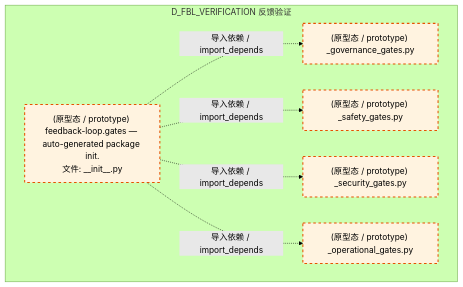
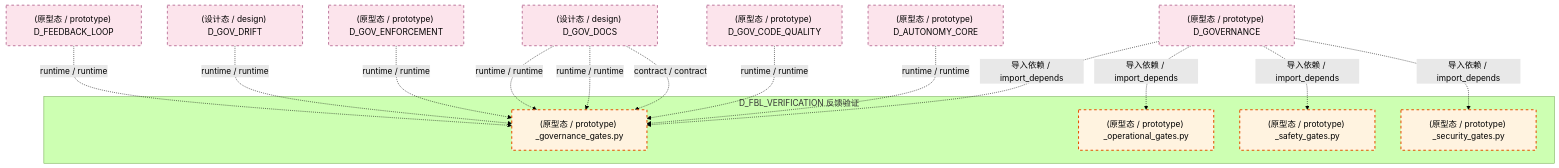
The fourth of 5 diagrams in docs/02_enterprise_architecture/02_domain_architecture_docs/11_d_fbl_verification.md (xuanFelixVan/ZephyrAlpha), drawn with Mermaid (forest theme) before and after one commit. The commit also changed other lines of this file and 112 other files, not shown here.

````diff
--- a/docs/02_enterprise_architecture/02_domain_architecture_docs/11_d_fbl_verification.md
+++ b/docs/02_enterprise_architecture/02_domain_architecture_docs/11_d_fbl_verification.md
@@ -337,19 +337,34 @@
 ```mermaid
 graph TD
     subgraph D_FBL_VERIFICATION["D_FBL_VERIFICATION 反馈验证"]
-        src_zephyr_trading_feedback_loop_gates_init_py["(原型态 / prototype) feedback-loop.gates — auto-generated package init.<br/>文件: __init__.py"]
-        src_zephyr_trading_feedback_loop_gates_governance_gates_py["(原型态 / prototype) _governance_gates.py"]
-        src_zephyr_trading_feedback_loop_gates_operational_gates_py["(原型态 / prototype) _operational_gates.py"]
-        src_zephyr_trading_feedback_loop_gates_safety_gates_py["(原型态 / prototype) _safety_gates.py"]
-        src_zephyr_trading_feedback_loop_gates_security_gates_py["(原型态 / prototype) _security_gates.py"]
+        src_zephyr_feedback_loop_gates_governance_gates_py["(原型态 / prototype) _governance_gates.py"]
+        src_zephyr_feedback_loop_gates_operational_gates_py["(原型态 / prototype) _operational_gates.py"]
+        src_zephyr_feedback_loop_gates_safety_gates_py["(原型态 / prototype) _safety_gates.py"]
+        src_zephyr_feedback_loop_gates_security_gates_py["(原型态 / prototype) _security_gates.py"]
     end
-    src_zephyr_trading_feedback_loop_gates_init_py -.->|导入依赖 / import_depends| src_zephyr_trading_feedback_loop_gates_governance_gates_py
-    src_zephyr_trading_feedback_loop_gates_init_py -.->|导入依赖 / import_depends| src_zephyr_trading_feedback_loop_gates_safety_gates_py
-    src_zephyr_trading_feedback_loop_gates_init_py -.->|导入依赖 / import_depends| src_zephyr_trading_feedback_loop_gates_security_gates_py
-    src_zephyr_trading_feedback_loop_gates_init_py -.->|导入依赖 / import_depends| src_zephyr_trading_feedback_loop_gates_operational_gates_py
+    D_FEEDBACK_LOOP["(原型态 / prototype) D_FEEDBACK_LOOP"]
+    D_FEEDBACK_LOOP -.->|runtime / runtime| src_zephyr_feedback_loop_gates_governance_gates_py
+    D_GOV_DOCS["(设计态 / design) D_GOV_DOCS"]
+    D_GOV_DOCS -.->|runtime / runtime| src_zephyr_feedback_loop_gates_governance_gates_py
+    D_GOV_DRIFT["(设计态 / design) D_GOV_DRIFT"]
+    D_GOV_DRIFT -.->|runtime / runtime| src_zephyr_feedback_loop_gates_governance_gates_py
+    D_GOV_ENFORCEMENT["(原型态 / prototype) D_GOV_ENFORCEMENT"]
+    D_GOV_ENFORCEMENT -.->|runtime / runtime| src_zephyr_feedback_loop_gates_governance_gates_py
+    D_GOV_CODE_QUALITY["(原型态 / prototype) D_GOV_CODE_QUALITY"]
+    D_GOV_CODE_QUALITY -.->|runtime / runtime| src_zephyr_feedback_loop_gates_governance_gates_py
+    D_GOV_DOCS -.->|runtime / runtime| src_zephyr_feedback_loop_gates_governance_gates_py
+    D_GOV_DOCS -.->|contract / contract| src_zephyr_feedback_loop_gates_governance_gates_py
+    D_AUTONOMY_CORE["(原型态 / prototype) D_AUTONOMY_CORE"]
+    D_AUTONOMY_CORE -.->|runtime / runtime| src_zephyr_feedback_loop_gates_governance_gates_py
+    D_GOVERNANCE["(原型态 / prototype) D_GOVERNANCE"]
+    D_GOVERNANCE -.->|导入依赖 / import_depends| src_zephyr_feedback_loop_gates_governance_gates_py
+    D_GOVERNANCE -.->|导入依赖 / import_depends| src_zephyr_feedback_loop_gates_operational_gates_py
+    D_GOVERNANCE -.->|导入依赖 / import_depends| src_zephyr_feedback_loop_gates_safety_gates_py
+    D_GOVERNANCE -.->|导入依赖 / import_depends| src_zephyr_feedback_loop_gates_security_gates_py
     classDef production fill:#e1f5fe,stroke:#01579b,stroke-width:2px,color:#000
     classDef design fill:#fff3e0,stroke:#e65100,stroke-width:2px,color:#000,stroke-dasharray: 5 5
     classDef external_prod fill:#e8f5e9,stroke:#1b5e20,stroke-width:1px,color:#000
     classDef external_design fill:#fce4ec,stroke:#880e4f,stroke-width:1px,color:#000,stroke-dasharray: 5 5
-    class src_zephyr_trading_feedback_loop_gates_init_py,src_zephyr_trading_feedback_loop_gates_governance_gates_py,src_zephyr_trading_feedback_loop_gates_operational_gates_py,src_zephyr_trading_feedback_loop_gates_safety_gates_py,src_zephyr_trading_feedback_loop_gates_security_gates_py design
+    class src_zephyr_feedback_loop_gates_governance_gates_py,src_zephyr_feedback_loop_gates_operational_gates_py,src_zephyr_feedback_loop_gates_safety_gates_py,src_zephyr_feedback_loop_gates_security_gates_py design
+    class D_FEEDBACK_LOOP,D_GOV_DOCS,D_GOV_DRIFT,D_GOV_ENFORCEMENT,D_GOV_CODE_QUALITY,D_AUTONOMY_CORE,D_GOVERNANCE external_design
 ```
````
